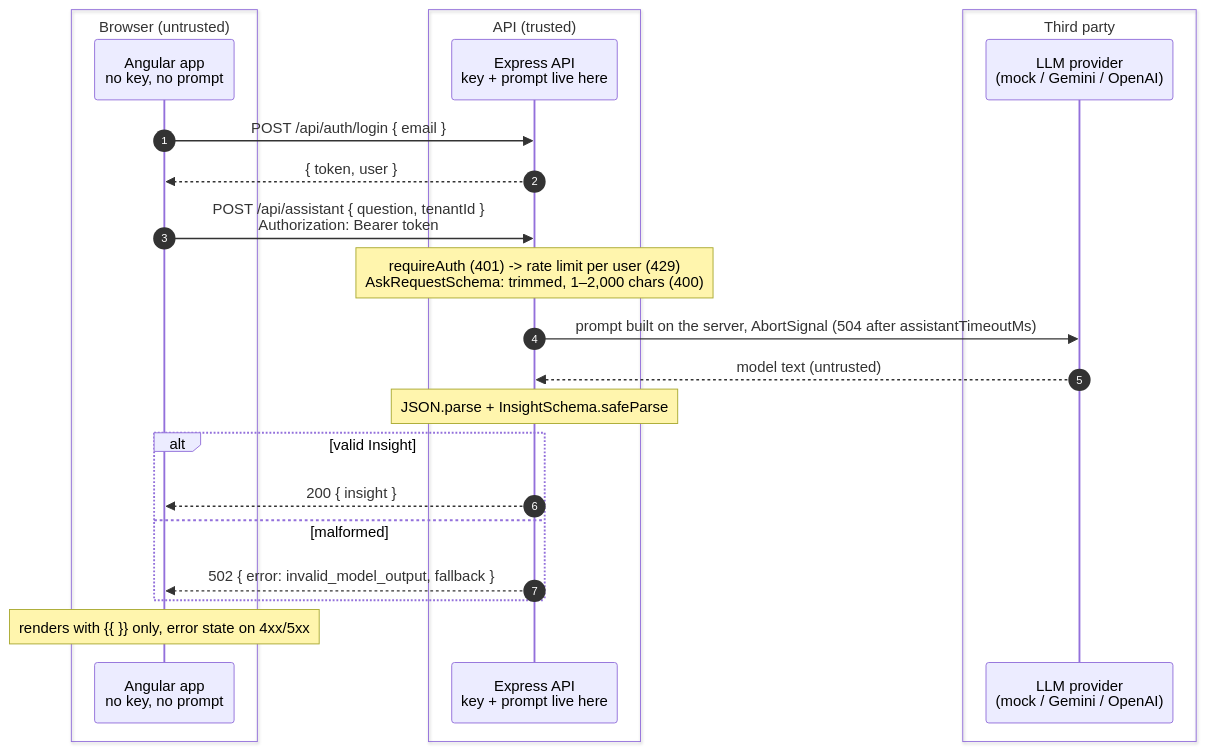
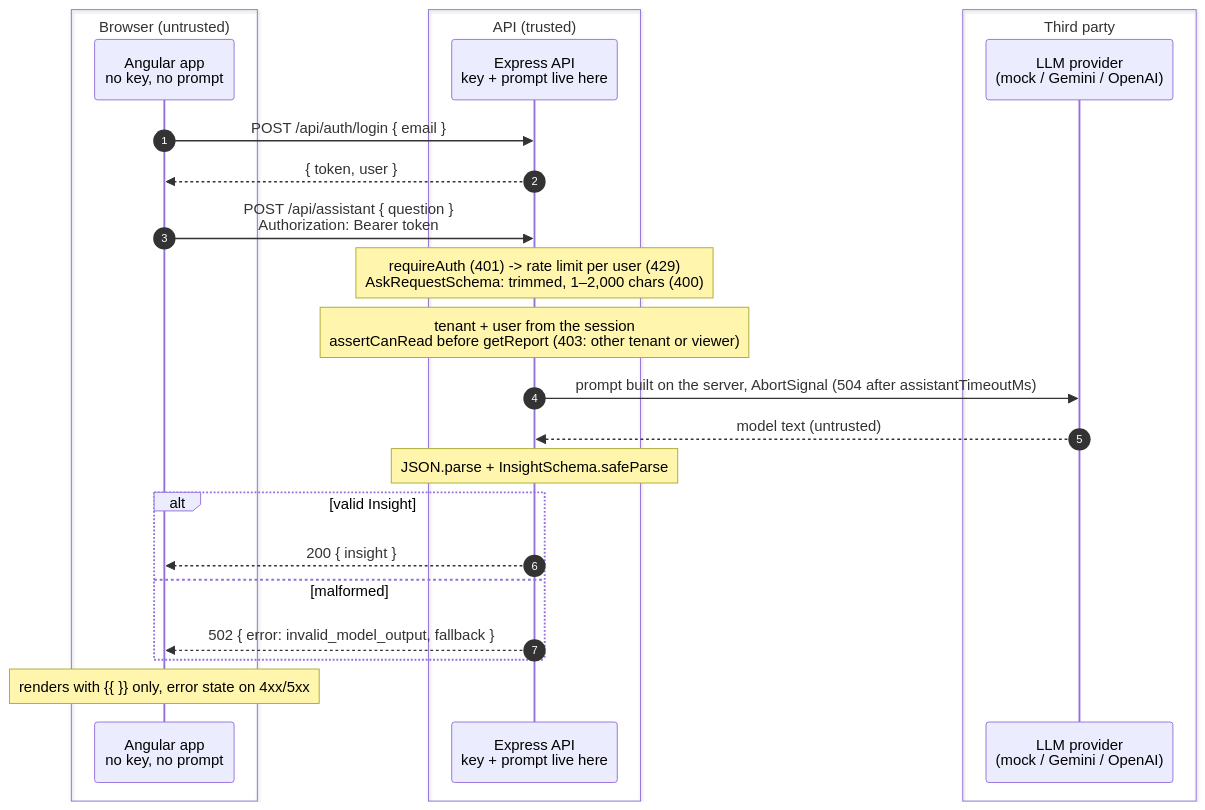
One commit to willmendesneto/workshop-secure-ai-features-in-modern-apps changed the diagram in docs/architecture.md. Above: the diagram before and after it, drawn with Mermaid. The commit also changed other lines of this file and 15 other files, not shown here.

Commit message:
feat(step-4): solve exercise C (session tenant, assertCanRead); add exercise D materials and RLS doc

````diff
--- a/docs/architecture.md
+++ b/docs/architecture.md
@@ -17,26 +17,27 @@
 ```mermaid
 sequenceDiagram
   autonumber
   box Browser (untrusted)
     participant UI as Angular app<br/>no key, no prompt
   end
   box API (trusted)
     participant API as Express API<br/>key + prompt live here
   end
   box Third party
     participant P as LLM provider<br/>(mock / Gemini / OpenAI)
   end
   UI->>API: POST /api/auth/login { email }
   API-->>UI: { token, user }
-  UI->>API: POST /api/assistant { question, tenantId }<br/>Authorization: Bearer token
+  UI->>API: POST /api/assistant { question }<br/>Authorization: Bearer token
   Note over API: requireAuth (401) -> rate limit per user (429)<br/>AskRequestSchema: trimmed, 1–2,000 chars (400)
+  Note over API: tenant + user from the session<br/>assertCanRead before getReport (403: other tenant or viewer)
   API->>P: prompt built on the server, AbortSignal (504 after assistantTimeoutMs)
   P-->>API: model text (untrusted)
   Note over API: JSON.parse + InsightSchema.safeParse
   alt valid Insight
     API-->>UI: 200 { insight }
   else malformed
     API-->>UI: 502 { error: invalid_model_output, fallback }
   end
   Note over UI: renders with {{ }} only, error state on 4xx/5xx
 ```
````
